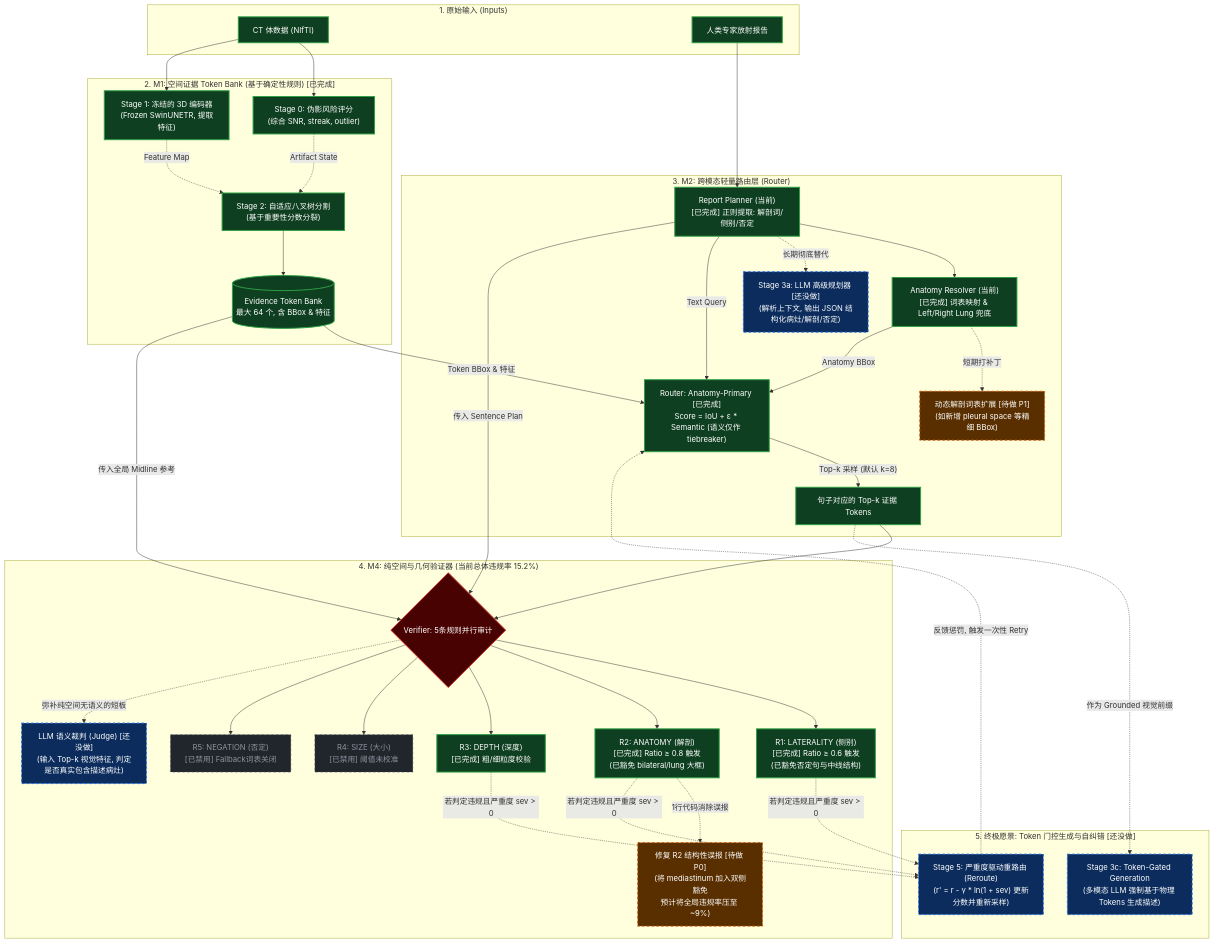
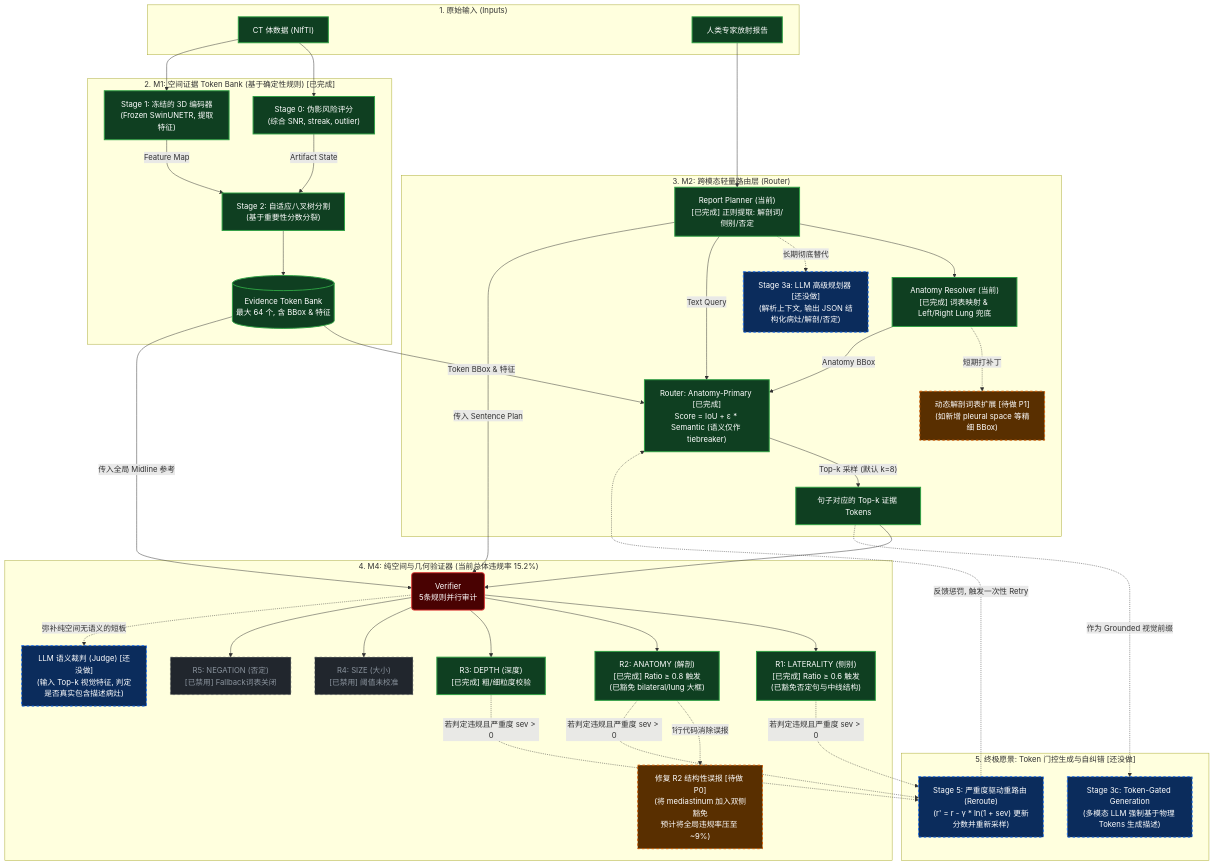
The diagram in PROJECT_REPORT_CN.md (Ricardo-ChenTY/ProveTok_ACM), drawn with Mermaid before and after one commit.

Commit message:
Update Mermaid diagram lines for better clarity
Changed dashed lines to solid lines in Mermaid diagram to ensure proper vertical space allocation and prevent label overlap.

````diff
--- a/PROJECT_REPORT_CN.md
+++ b/PROJECT_REPORT_CN.md
@@ -22,77 +22,79 @@
 ```mermaid
 graph TD
     %% 专为 GitHub 深色模式优化的配色方案
     classDef done fill:#0f3f21,stroke:#2ea043,stroke-width:2px,color:#ffffff;
     classDef todo fill:#592f00,stroke:#d25c00,stroke-width:2px,stroke-dasharray: 5 5,color:#ffffff;
     classDef future fill:#0b2c5c,stroke:#1f6feb,stroke-width:2px,stroke-dasharray: 5 5,color:#ffffff;
     classDef disabled fill:#21262d,stroke:#484f58,stroke-width:1px,stroke-dasharray: 5 5,color:#8b949e;
     classDef highlight fill:#490202,stroke:#da3633,stroke-width:2px,color:#ffffff;
 
     subgraph Inputs ["1. 原始输入 (Inputs)"]
         V["CT 体数据 (NIfTI)"]:::done
         R["人类专家放射报告"]:::done
     end
 
     subgraph Stage0_2 ["2. M1: 空间证据 Token Bank (基于确定性规则) [已完成]"]
         S0["Stage 0: 伪影风险评分<br/>(综合 SNR, streak, outlier)"]:::done
         S1["Stage 1: 冻结的 3D 编码器<br/>(Frozen SwinUNETR, 提取特征)"]:::done
         S2["Stage 2: 自适应八叉树分割<br/>(基于重要性分数分裂)"]:::done
         TB[("Evidence Token Bank<br/>最大 64 个, 含 BBox & 特征")]:::done
 
         V --> S0 & S1
-        S0 -.->|"Artifact State"| S2
-        S1 -.->|"Feature Map"| S2
+        %% 改用实线，强制 Mermaid 分配足够的纵向空间，避免标签与边框重叠
+        S0 -->|"Artifact State"| S2
+        S1 -->|"Feature Map"| S2
         S2 --> TB
     end
 
     subgraph Stage3 ["3. M2: 跨模态轻量路由层 (Router)"]
         P["Report Planner (当前)<br/>[已完成] 正则提取: 解剖词/侧别/否定"]:::done
         AR["Anatomy Resolver (当前)<br/>[已完成] 词表映射 & Left/Right Lung 兜底"]:::done
         
         LLM_P["Stage 3a: LLM 高级规划器 [还没做]<br/>(解析上下文, 输出 JSON 结构化病灶/解剖/否定)"]:::future
         FixR1["动态解剖词表扩展 [待做 P1]<br/>(如新增 pleural space 等精细 BBox)"]:::todo
 
         RT["Router: Anatomy-Primary [已完成]<br/>Score = IoU + ε * Semantic (语义仅作 tiebreaker)"]:::done
 
         R --> P
         P --> AR
         AR -.->|"短期打补丁"| FixR1
         P -.->|"长期彻底替代"| LLM_P
 
         P -->|"Text Query"| RT
         AR -->|"Anatomy BBox"| RT
         TB -->|"Token BBox & 特征"| RT
         
         RT -->|"Top-k 采样 (默认 k=8)"| TKT["句子对应的 Top-k 证据 Tokens"]:::done
     end
 
     subgraph Stage4 ["4. M4: 纯空间与几何验证器 (当前总体违规率 15.2%)"]
-        VF{"Verifier: 5条规则并行审计"}:::highlight
+        %% 废弃菱形，改用圆角矩形并强制换行，彻底解决文字溢出
+        VF("Verifier<br/>5条规则并行审计"):::highlight
         
         R1["R1: LATERALITY (侧别)<br/>[已完成] Ratio ≥ 0.6 触发<br/>(已豁免否定句与中线结构)"]:::done
         R2["R2: ANATOMY (解剖)<br/>[已完成] Ratio ≥ 0.8 触发<br/>(已豁免 bilateral/lung 大框)"]:::done
         R3["R3: DEPTH (深度)<br/>[已完成] 粗/细粒度校验"]:::done
         R4["R4: SIZE (大小)<br/>[已禁用] 阈值未校准"]:::disabled
         R5["R5: NEGATION (否定)<br/>[已禁用] Fallback词表关闭"]:::disabled
 
         FixR2["修复 R2 结构性误报 [待做 P0]<br/>(将 mediastinum 加入双侧豁免<br/>预计将全局违规率压至 ~9%)"]:::todo
         LLM_J["LLM 语义裁判 (Judge) [还没做]<br/>(输入 Top-k 视觉特征, 判定是否真实包含描述病灶)"]:::future
 
         TKT --> VF
         P -->|"传入 Sentence Plan"| VF
         TB -->|"传入全局 Midline 参考"| VF
 
         VF --> R1 & R2 & R3 & R4 & R5
         R2 -.->|"1行代码消除误报"| FixR2
         VF -.->|"弥补纯空间无语义的短板"| LLM_J
     end
 
     subgraph Stage5 ["5. 终极愿景: Token 门控生成与自纠错 [还没做]"]
         TG["Stage 3c: Token-Gated Generation<br/>(多模态 LLM 强制基于物理 Tokens 生成描述)"]:::future
         SR["Stage 5: 严重度驱动重路由 (Reroute)<br/>(r' = r - γ * ln(1 + sev) 更新分数并重新采样)"]:::future
     end
 
     R1 & R2 & R3 -.->|"若判定违规且严重度 sev > 0"| SR
     SR -.->|"反馈惩罚, 触发一次性 Retry"| RT
     TKT -.->|"作为 Grounded 视觉前缀"| TG
 ```
````
